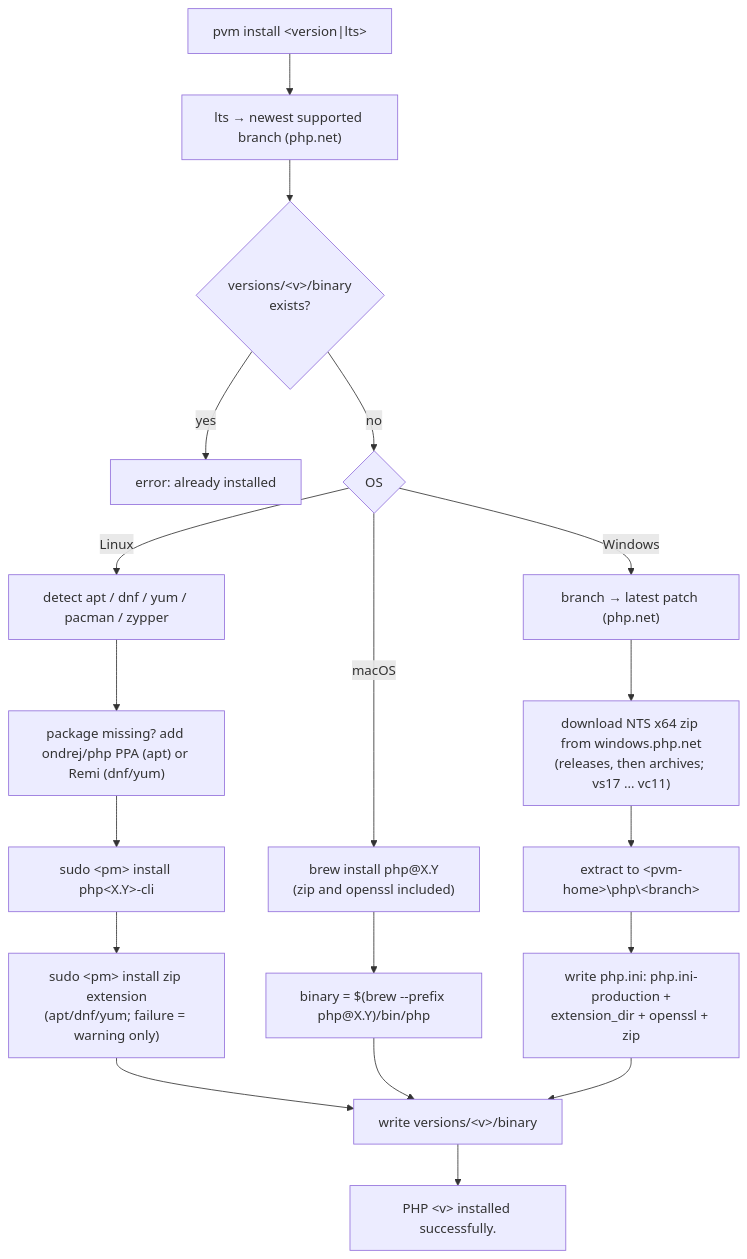
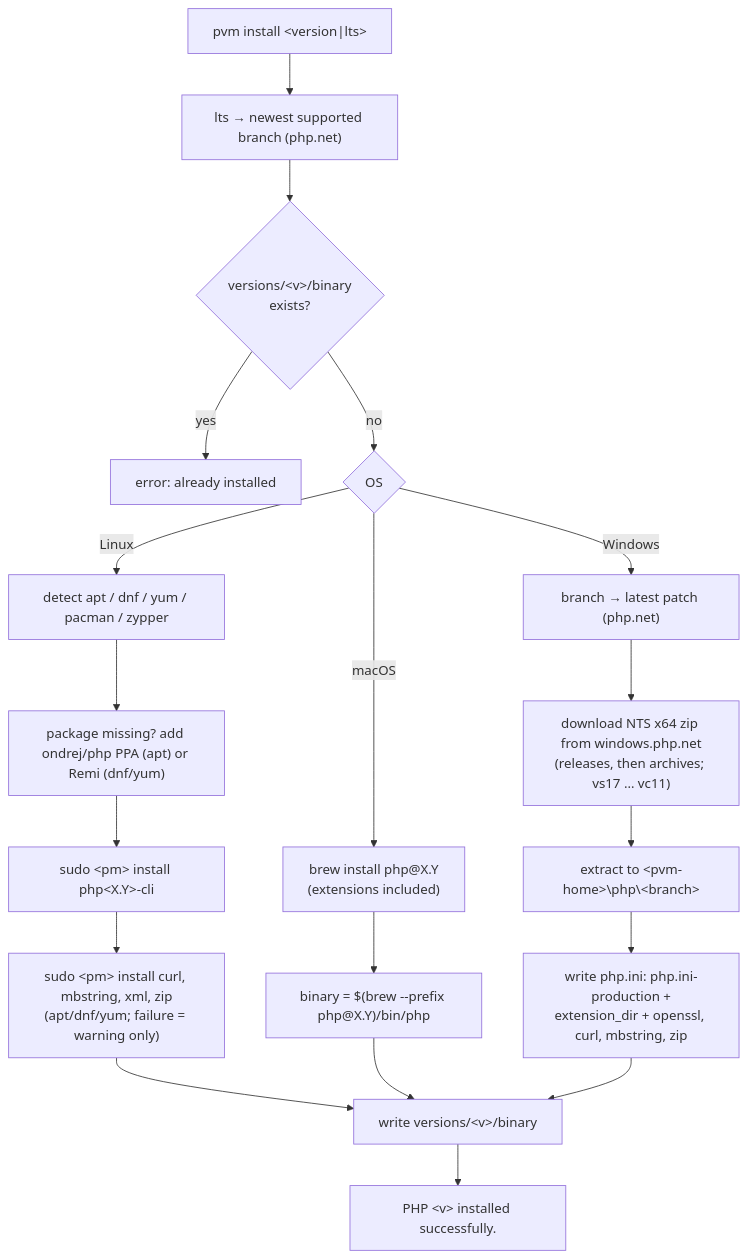
One commit to rejmann/pvm changed the second of 5 diagrams in docs/flow.md. Above: the diagram before and after it, drawn with Mermaid. The commit also changed other lines of this file and 11 other files, not shown here.

First line of the commit message:
feat(composer): garante curl, mbstring, xml e zip no PHP gerenciado

````diff
--- a/docs/flow.md
+++ b/docs/flow.md
@@ -103,19 +103,19 @@
 ```mermaid
 flowchart TD
     A["pvm install #lt;version|lts#gt;"] --> B["lts → newest supported branch (php.net)"]
     B --> C{"versions/#lt;v#gt;/binary<br/>exists?"}
     C -- yes --> X["error: already installed"]
     C -- no --> D{OS}
     D -- Linux --> L1["detect apt / dnf / yum / pacman / zypper"]
     L1 --> L2["package missing? add ondrej/php PPA (apt) or Remi (dnf/yum)"]
     L2 --> L3["sudo #lt;pm#gt; install php#lt;X.Y#gt;-cli"]
-    L3 --> L4["sudo #lt;pm#gt; install zip extension<br/>(apt/dnf/yum; failure = warning only)"]
+    L3 --> L4["sudo #lt;pm#gt; install curl, mbstring, xml, zip<br/>(apt/dnf/yum; failure = warning only)"]
     L4 --> W
-    D -- macOS --> M1["brew install php@X.Y<br/>(zip and openssl included)"] --> M2["binary = $(brew --prefix php@X.Y)/bin/php"] --> W
+    D -- macOS --> M1["brew install php@X.Y<br/>(extensions included)"] --> M2["binary = $(brew --prefix php@X.Y)/bin/php"] --> W
     D -- Windows --> N1["branch → latest patch (php.net)"]
     N1 --> N2["download NTS x64 zip from windows.php.net<br/>(releases, then archives; vs17 … vc11)"]
     N2 --> N3["extract to #lt;pvm-home#gt;\php\#lt;branch#gt;"]
-    N3 --> N4["write php.ini: php.ini-production +<br/>extension_dir + openssl + zip"]
+    N3 --> N4["write php.ini: php.ini-production +<br/>extension_dir + openssl, curl, mbstring, zip"]
     N4 --> W
     W["write versions/#lt;v#gt;/binary"] --> Z["PHP #lt;v#gt; installed successfully."]
 ```
````
